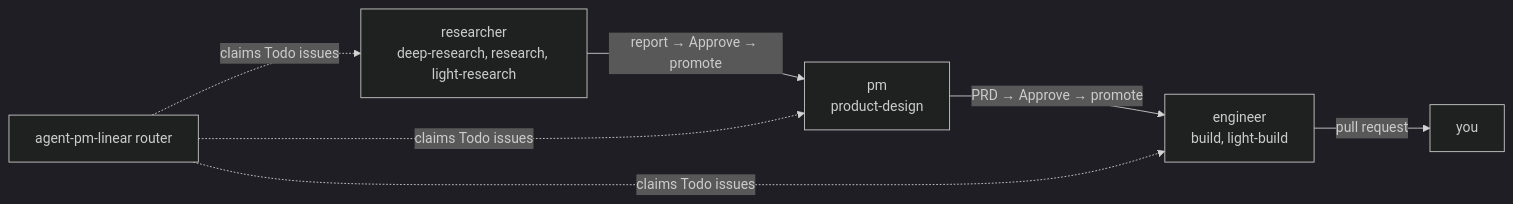
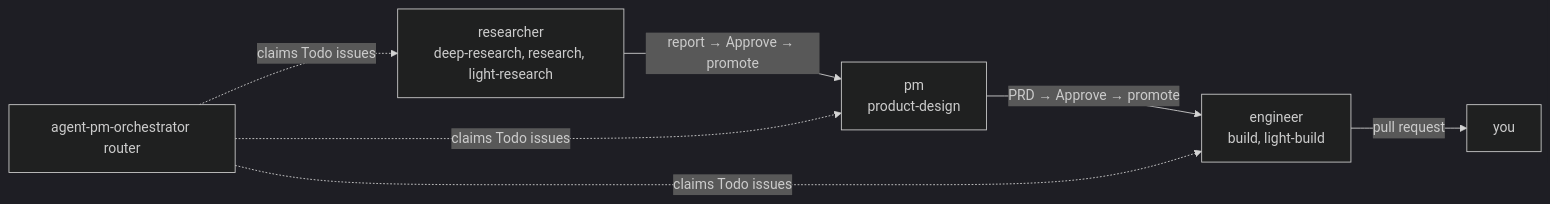
One commit to ophis/agent-pm changed the diagram in README.md. Above: the diagram before and after it, drawn with Mermaid (dark theme). The commit also changed other lines of this file and 95 other files, not shown here.

Commit message:
TASK-792: rename agent-pm-linear to agent-pm-orchestrator

````diff
--- a/README.md
+++ b/README.md
@@ -15,6 +15,6 @@
 ```mermaid
 flowchart LR
     R["researcher<br>deep-research, research, light-research"] -->|"report → Approve → promote"| P["pm<br>product-design"]
     P -->|"PRD → Approve → promote"| E["engineer<br>build, light-build"] -->|pull request| Y[you]
-    T[agent-pm-linear router] -.->|claims Todo issues| R & P & E
+    T[agent-pm-orchestrator router] -.->|claims Todo issues| R & P & E
 ```
````
